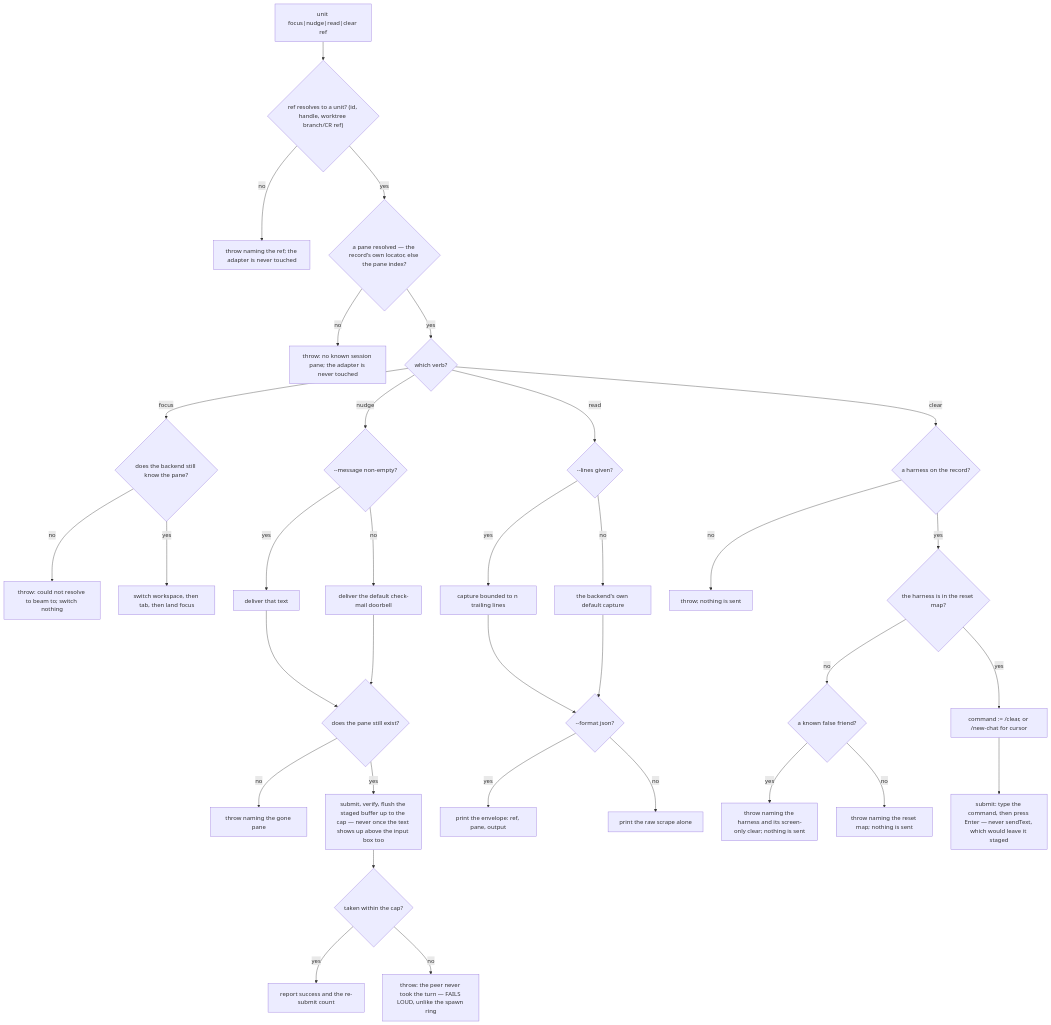
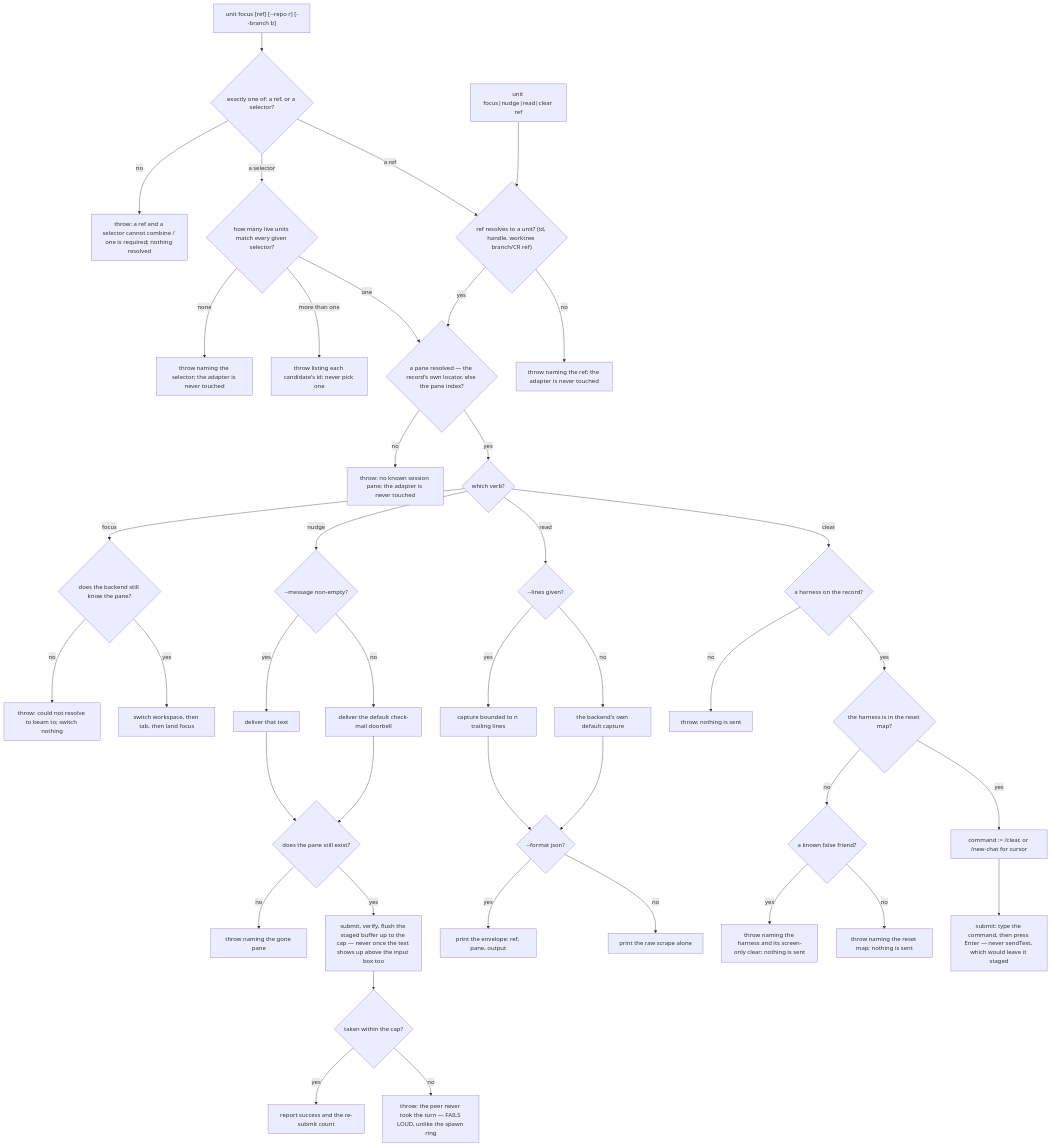
The sixth of 6 diagrams in packages/cyberlegion/.agents/spec/unit/lifecycle/README.md (cyberuni/cyberlegion), drawn with Mermaid before and after one commit. The commit also changed other lines of this file and 10 other files, not shown here.

First line of the commit message:
feat: unit focus --repo / --branch (#234)

````diff
--- a/packages/cyberlegion/.agents/spec/unit/lifecycle/README.md
+++ b/packages/cyberlegion/.agents/spec/unit/lifecycle/README.md
@@ -607,36 +618,43 @@
 ```mermaid
 graph TD
+  FS0["unit focus [ref] [--repo r] [--branch b]"] --> FS1{"exactly one of: a ref, or a selector?"}
+  FS1 -- no --> FS1X["throw: a ref and a selector cannot combine / one is required; nothing resolved"]
+  FS1 -- "a ref" --> PT1
+  FS1 -- "a selector" --> FS2{"how many live units match every given selector?"}
+  FS2 -- none --> FS2X["throw naming the selector; the adapter is never touched"]
+  FS2 -- "more than one" --> FS2M["throw listing each candidate's id; never pick one"]
+  FS2 -- one --> PT2
   PT0["unit focus|nudge|read|clear ref"] --> PT1{"ref resolves to a unit? (id, handle, worktree branch/CR ref)"}
   PT1 -- no --> PT1X["throw naming the ref; the adapter is never touched"]
   PT1 -- yes --> PT2{"a pane resolved — the record's own locator, else the pane index?"}
   PT2 -- no --> PT2X["throw: no known session pane; the adapter is never touched"]
   PT2 -- yes --> PT3{"which verb?"}
   PT3 -- focus --> FC1{"does the backend still know the pane?"}
   FC1 -- no --> FC1X["throw: could not resolve to beam to; switch nothing"]
   FC1 -- yes --> FC2["switch workspace, then tab, then land focus"]
   PT3 -- nudge --> ND1{"--message non-empty?"}
   ND1 -- yes --> ND1Y["deliver that text"]
   ND1 -- no --> ND1N["deliver the default check-mail doorbell"]
   ND1Y --> ND2
   ND1N --> ND2{"does the pane still exist?"}
   ND2 -- no --> ND2X["throw naming the gone pane"]
   ND2 -- yes --> ND3["submit, verify, flush the staged buffer up to the cap — never once the text shows up above the input box too"]
   ND3 --> ND4{"taken within the cap?"}
   ND4 -- yes --> ND4Y["report success and the re-submit count"]
   ND4 -- no --> ND4X["throw: the peer never took the turn — FAILS LOUD, unlike the spawn ring"]
   PT3 -- read --> RD1{"--lines given?"}
   RD1 -- yes --> RD1Y["capture bounded to n trailing lines"]
   RD1 -- no --> RD1N["the backend's own default capture"]
   RD1Y --> RD2
   RD1N --> RD2{"--format json?"}
   RD2 -- yes --> RD2Y["print the envelope: ref, pane, output"]
   RD2 -- no --> RD2N["print the raw scrape alone"]
   PT3 -- clear --> CR1{"a harness on the record?"}
   CR1 -- no --> CR1X["throw; nothing is sent"]
   CR1 -- yes --> CR2{"the harness is in the reset map?"}
   CR2 -- yes --> CR2Y["command := /clear, or /new-chat for cursor"]
   CR2 -- no --> CR3{"a known false friend?"}
   CR3 -- yes --> CR3X["throw naming the harness and its screen-only clear; nothing is sent"]
   CR3 -- no --> CR3N["throw naming the reset map; nothing is sent"]
   CR2Y --> CR4["submit: type the command, then press Enter — never sendText, which would leave it staged"]
 ```
````
